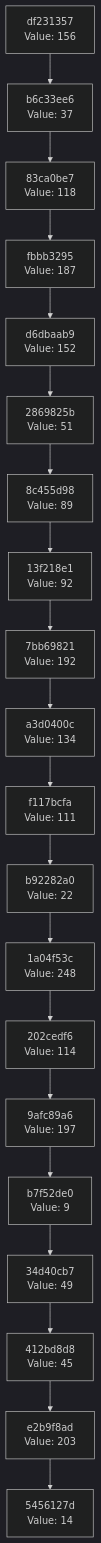
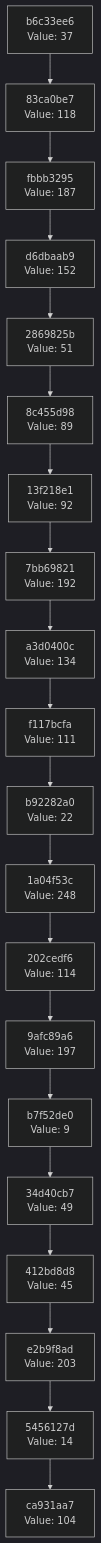
The diagram in docs/CHAIN_VISUALIZATION.md (Abhisheksinha1506/hash-chain-evolver), drawn with Mermaid (dark theme) before and after one commit. The commit also changed 3 other files, not shown here.

````diff
--- a/docs/CHAIN_VISUALIZATION.md
+++ b/docs/CHAIN_VISUALIZATION.md
@@ -3,42 +3,42 @@
 ```mermaid
 graph TD
-    C0["5456127d<br/>Value: 14"]
-    C1["e2b9f8ad<br/>Value: 203"]
+    C0["ca931aa7<br/>Value: 104"]
+    C1["5456127d<br/>Value: 14"]
     C1 --> C0
-    C2["412bd8d8<br/>Value: 45"]
+    C2["e2b9f8ad<br/>Value: 203"]
     C2 --> C1
-    C3["34d40cb7<br/>Value: 49"]
+    C3["412bd8d8<br/>Value: 45"]
     C3 --> C2
-    C4["b7f52de0<br/>Value: 9"]
+    C4["34d40cb7<br/>Value: 49"]
     C4 --> C3
-    C5["9afc89a6<br/>Value: 197"]
+    C5["b7f52de0<br/>Value: 9"]
     C5 --> C4
-    C6["202cedf6<br/>Value: 114"]
+    C6["9afc89a6<br/>Value: 197"]
     C6 --> C5
-    C7["1a04f53c<br/>Value: 248"]
+    C7["202cedf6<br/>Value: 114"]
     C7 --> C6
-    C8["b92282a0<br/>Value: 22"]
+    C8["1a04f53c<br/>Value: 248"]
     C8 --> C7
-    C9["f117bcfa<br/>Value: 111"]
+    C9["b92282a0<br/>Value: 22"]
     C9 --> C8
-    C10["a3d0400c<br/>Value: 134"]
+    C10["f117bcfa<br/>Value: 111"]
     C10 --> C9
-    C11["7bb69821<br/>Value: 192"]
+    C11["a3d0400c<br/>Value: 134"]
     C11 --> C10
-    C12["13f218e1<br/>Value: 92"]
+    C12["7bb69821<br/>Value: 192"]
     C12 --> C11
-    C13["8c455d98<br/>Value: 89"]
+    C13["13f218e1<br/>Value: 92"]
     C13 --> C12
-    C14["2869825b<br/>Value: 51"]
+    C14["8c455d98<br/>Value: 89"]
     C14 --> C13
-    C15["d6dbaab9<br/>Value: 152"]
+    C15["2869825b<br/>Value: 51"]
     C15 --> C14
-    C16["fbbb3295<br/>Value: 187"]
+    C16["d6dbaab9<br/>Value: 152"]
     C16 --> C15
-    C17["83ca0be7<br/>Value: 118"]
+    C17["fbbb3295<br/>Value: 187"]
     C17 --> C16
-    C18["b6c33ee6<br/>Value: 37"]
+    C18["83ca0be7<br/>Value: 118"]
     C18 --> C17
-    C19["df231357<br/>Value: 156"]
+    C19["b6c33ee6<br/>Value: 37"]
     C19 --> C18
 ```
````
